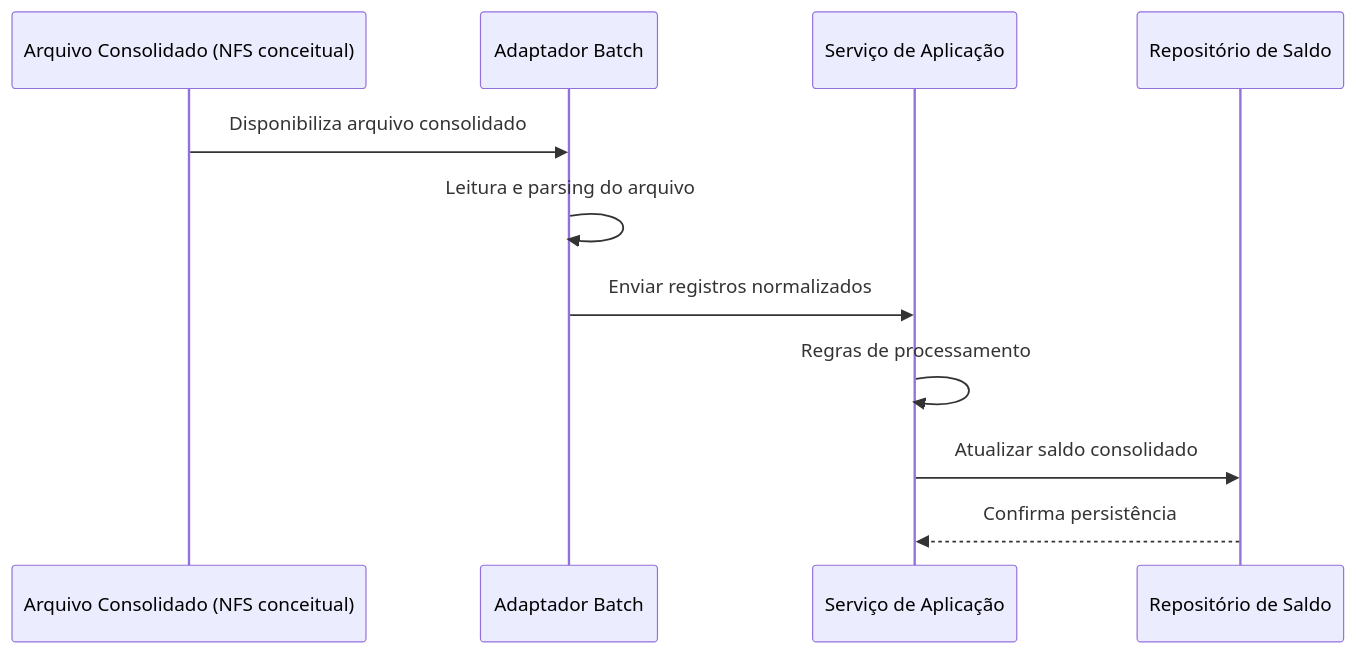
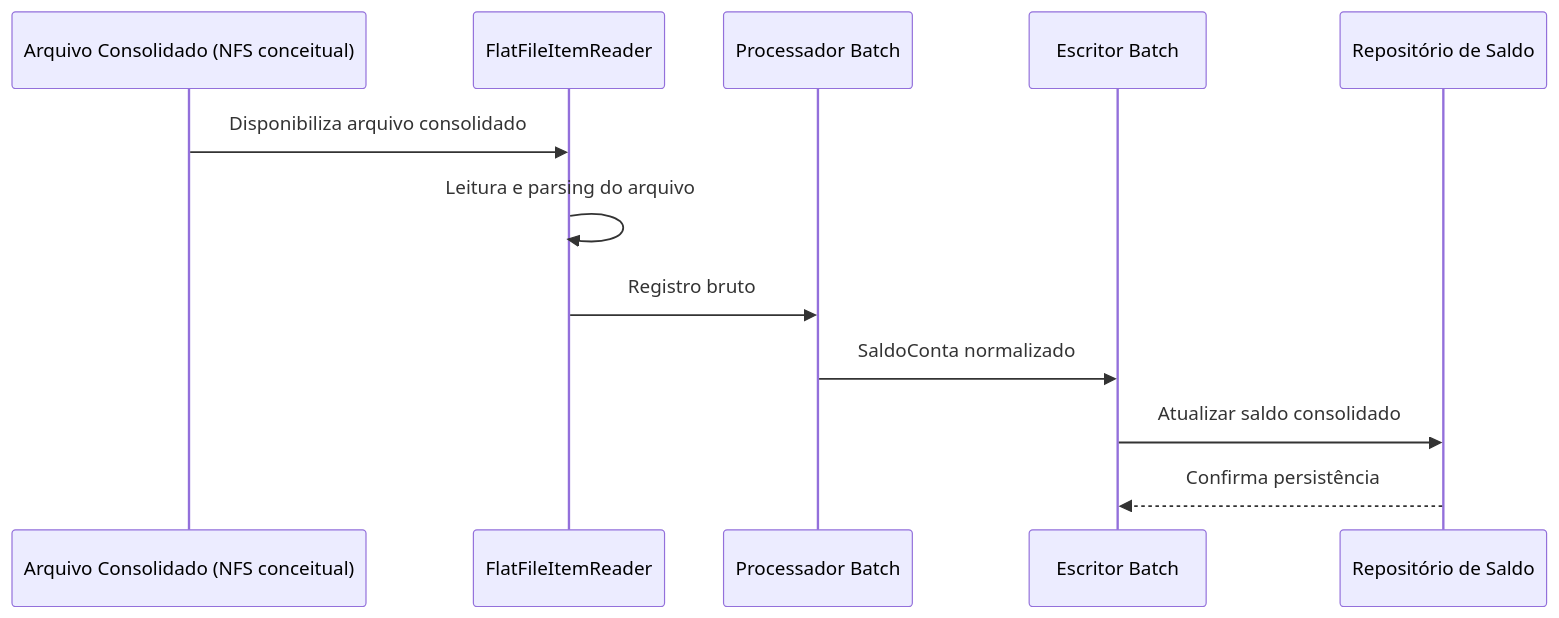
One commit to wellbenicio/api-saldo-cliente changed the fourth of 5 diagrams in docs/arquitetura.md. Above: the diagram before and after it, drawn with Mermaid. The commit also changed other lines of this file and 12 other files, not shown here.

````diff
--- a/docs/arquitetura.md
+++ b/docs/arquitetura.md
@@ -117,14 +118,15 @@
 ```mermaid
 sequenceDiagram
     participant NFS as Arquivo Consolidado (NFS conceitual)
-    participant BAT as Adaptador Batch
-    participant APP as Serviço de Aplicação
+    participant LEI as FlatFileItemReader
+    participant PRO as Processador Batch
+    participant ESC as Escritor Batch
     participant REP as Repositório de Saldo
 
-    NFS->>BAT: Disponibiliza arquivo consolidado
-    BAT->>BAT: Leitura e parsing do arquivo
-    BAT->>APP: Enviar registros normalizados
-    APP->>APP: Regras de processamento
-    APP->>REP: Atualizar saldo consolidado
-    REP-->>APP: Confirma persistência
+    NFS->>LEI: Disponibiliza arquivo consolidado
+    LEI->>LEI: Leitura e parsing do arquivo
+    LEI->>PRO: Registro bruto
+    PRO->>ESC: SaldoConta normalizado
+    ESC->>REP: Atualizar saldo consolidado
+    REP-->>ESC: Confirma persistência
 ```
````
